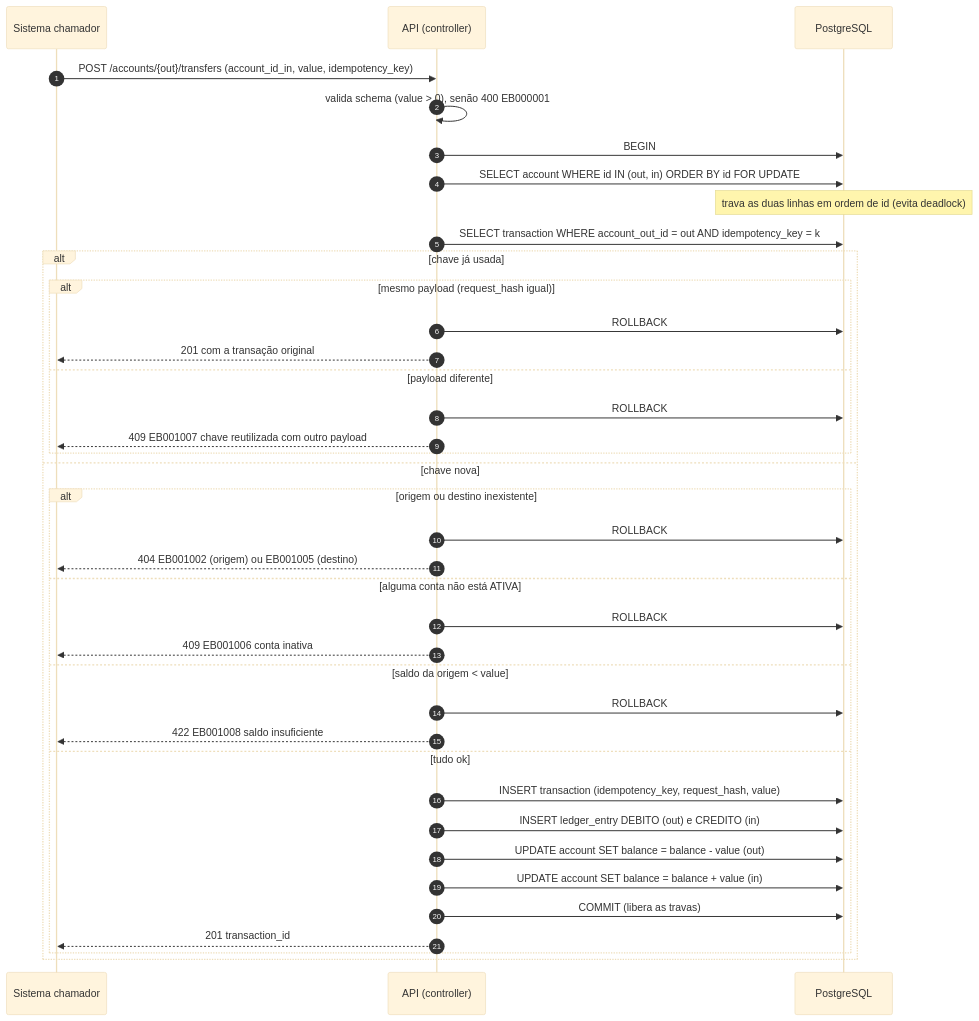
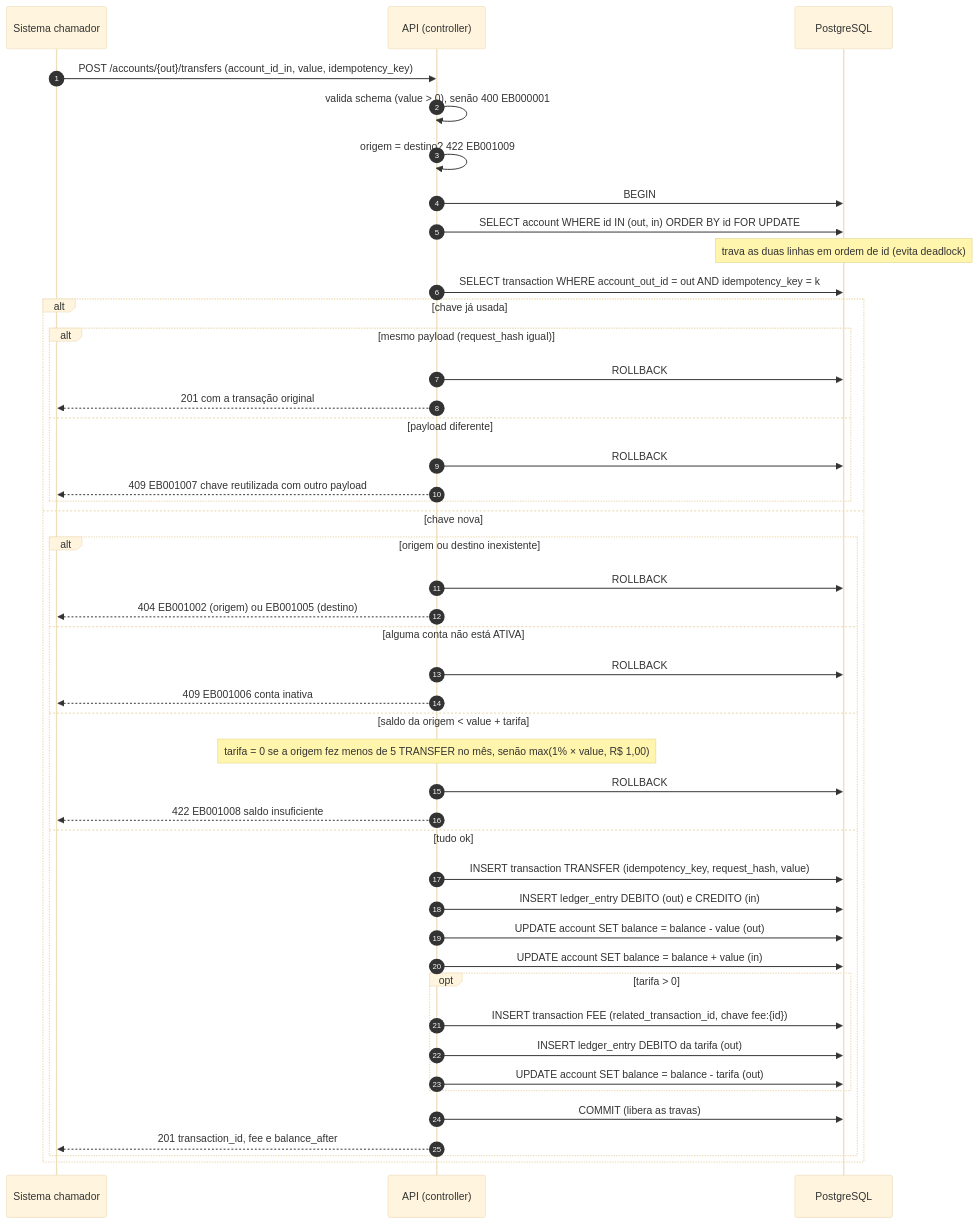
One commit to fernandobvm/bootcamp-qi-26-bankrepo changed the seventh of 11 diagrams in bootcamp-rfc-modelo.md. Above: the diagram before and after it, drawn with Mermaid (base theme). The commit also changed other lines of this file and 58 other files, not shown here.

Commit message:
Added new features for bank products, including account and customer management, transaction handling, and related controllers, DTOs, repositories, and resources. Updated existing models, schemas, and tests to support these new functionalities.

````diff
--- a/bootcamp-rfc-modelo.md
+++ b/bootcamp-rfc-modelo.md
@@ -295,41 +325,48 @@
 ```mermaid
 sequenceDiagram
     autonumber
     participant S as Sistema chamador
     participant API as API (controller)
     participant DB as PostgreSQL
 
     S->>API: POST /accounts/{out}/transfers (account_id_in, value, idempotency_key)
     API->>API: valida schema (value > 0), senão 400 EB000001
+    API->>API: origem = destino? 422 EB001009
     API->>DB: BEGIN
     API->>DB: SELECT account WHERE id IN (out, in) ORDER BY id FOR UPDATE
     Note over DB: trava as duas linhas em ordem de id (evita deadlock)
     API->>DB: SELECT transaction WHERE account_out_id = out AND idempotency_key = k
     alt chave já usada
         alt mesmo payload (request_hash igual)
             API->>DB: ROLLBACK
             API-->>S: 201 com a transação original
         else payload diferente
             API->>DB: ROLLBACK
             API-->>S: 409 EB001007 chave reutilizada com outro payload
         end
     else chave nova
         alt origem ou destino inexistente
             API->>DB: ROLLBACK
             API-->>S: 404 EB001002 (origem) ou EB001005 (destino)
         else alguma conta não está ATIVA
             API->>DB: ROLLBACK
             API-->>S: 409 EB001006 conta inativa
-        else saldo da origem < value
+        else saldo da origem < value + tarifa
+            Note over API: tarifa = 0 se a origem fez menos de 5 TRANSFER no mês, senão max(1% × value, R$ 1,00)
             API->>DB: ROLLBACK
             API-->>S: 422 EB001008 saldo insuficiente
         else tudo ok
-            API->>DB: INSERT transaction (idempotency_key, request_hash, value)
+            API->>DB: INSERT transaction TRANSFER (idempotency_key, request_hash, value)
             API->>DB: INSERT ledger_entry DEBITO (out) e CREDITO (in)
             API->>DB: UPDATE account SET balance = balance - value (out)
             API->>DB: UPDATE account SET balance = balance + value (in)
+            opt tarifa > 0
+                API->>DB: INSERT transaction FEE (related_transaction_id, chave fee:{id})
+                API->>DB: INSERT ledger_entry DEBITO da tarifa (out)
+                API->>DB: UPDATE account SET balance = balance - tarifa (out)
+            end
             API->>DB: COMMIT (libera as travas)
-            API-->>S: 201 transaction_id
+            API-->>S: 201 transaction_id, fee e balance_after
         end
     end
 ```
````
